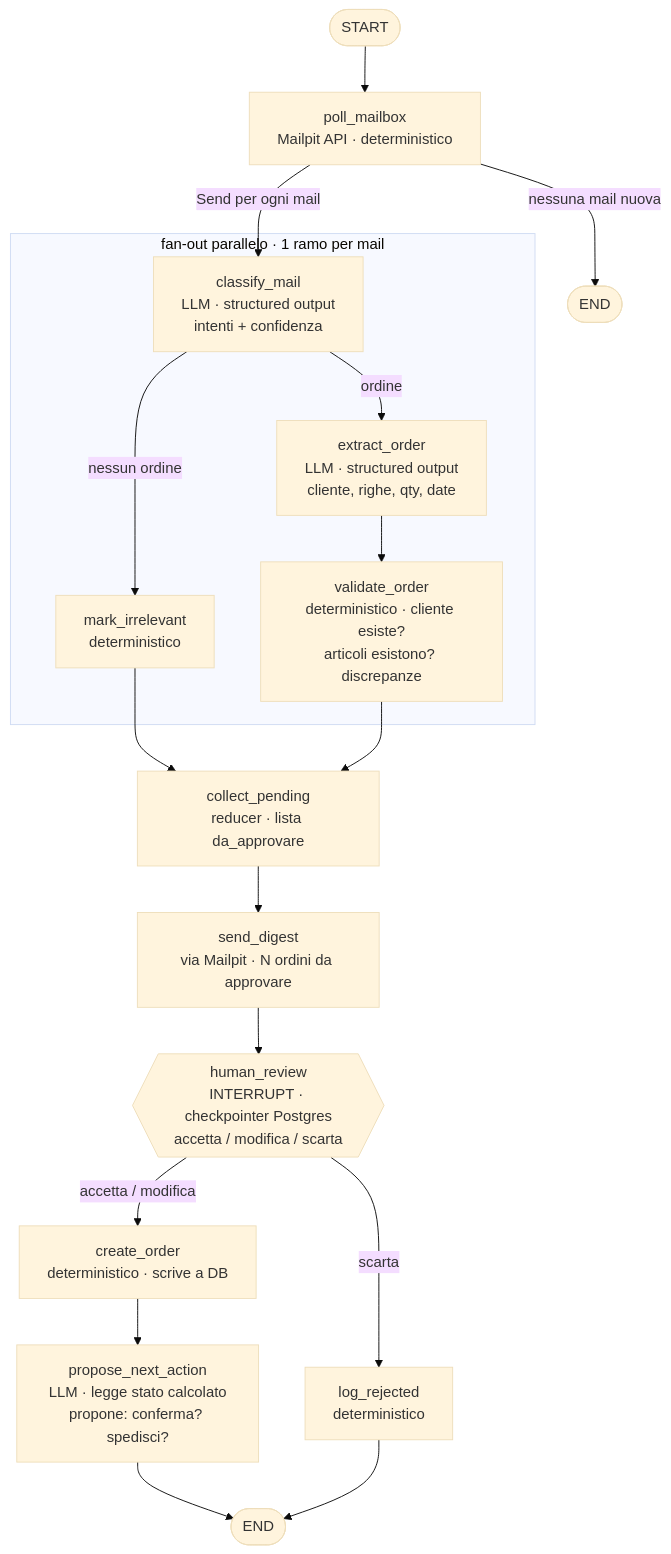
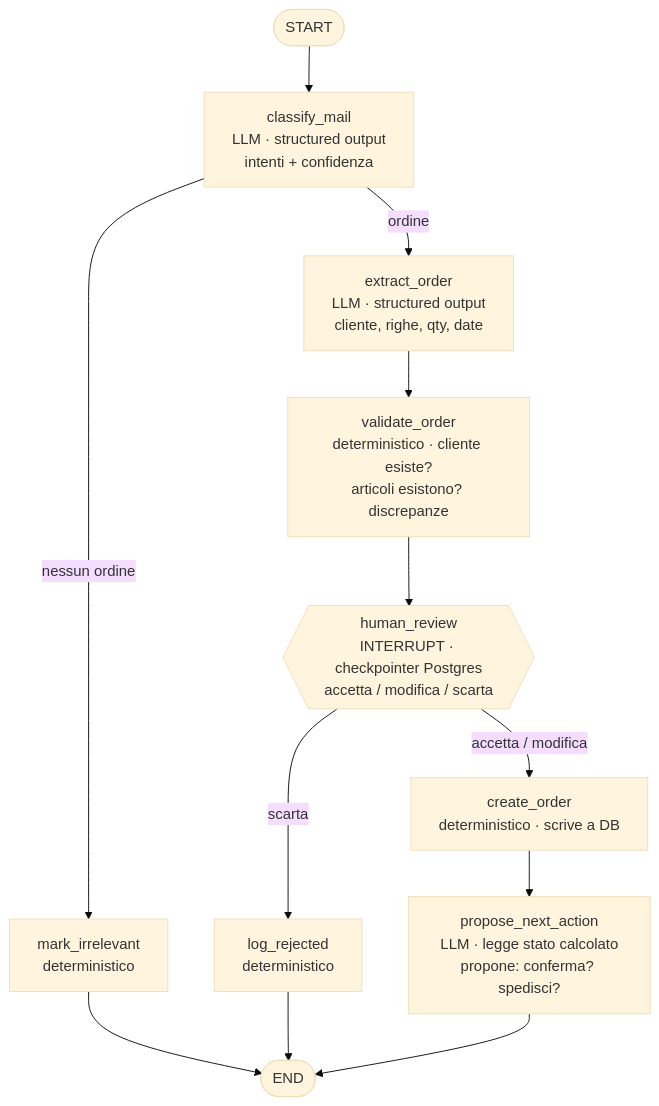
The second of 2 diagrams in GRAFO.md (DenisRaimondi/erp-agent-graph), drawn with Mermaid (base theme) before and after one commit. The commit also changed other lines of this file and 10 other files, not shown here.

````diff
--- a/GRAFO.md
+++ b/GRAFO.md
@@ -5,24 +21,18 @@
 ```mermaid
 flowchart TD
-    START([START]) --> poll[poll_mailbox<br/>Mailpit API · deterministico]
-    poll -->|nessuna mail nuova| END1([END])
-    poll -->|Send per ogni mail| classify
+    START([START]) --> classify[classify_mail<br/>LLM · structured output<br/>intenti + confidenza]
 
-    subgraph fanout [fan-out parallelo · 1 ramo per mail]
-        classify[classify_mail<br/>LLM · structured output<br/>intenti + confidenza]
-        classify -->|nessun ordine| discard[mark_irrelevant<br/>deterministico]
-        classify -->|ordine| extract[extract_order<br/>LLM · structured output<br/>cliente, righe, qty, date]
-        extract --> validate[validate_order<br/>deterministico · cliente esiste?<br/>articoli esistono? discrepanze]
-    end
+    classify -->|nessun ordine| discard[mark_irrelevant<br/>deterministico]
+    classify -->|ordine| extract[extract_order<br/>LLM · structured output<br/>cliente, righe, qty, date]
 
-    discard --> collect
-    validate --> collect[collect_pending<br/>reducer · lista da_approvare]
-    collect --> notify[send_digest<br/>via Mailpit · N ordini da approvare]
-    notify --> review{{human_review<br/>INTERRUPT · checkpointer Postgres<br/>accetta / modifica / scarta}}
+    extract --> validate[validate_order<br/>deterministico · cliente esiste?<br/>articoli esistono? discrepanze]
+    validate --> review{{human_review<br/>INTERRUPT · checkpointer Postgres<br/>accetta / modifica / scarta}}
 
     review -->|scarta| rejected[log_rejected<br/>deterministico]
     review -->|accetta / modifica| create[create_order<br/>deterministico · scrive a DB]
     create --> propose[propose_next_action<br/>LLM · legge stato calcolato<br/>propone: conferma? spedisci?]
-    propose --> END2([END])
-    rejected --> END2
+
+    discard --> END([END])
+    rejected --> END
+    propose --> END
 ```
````
